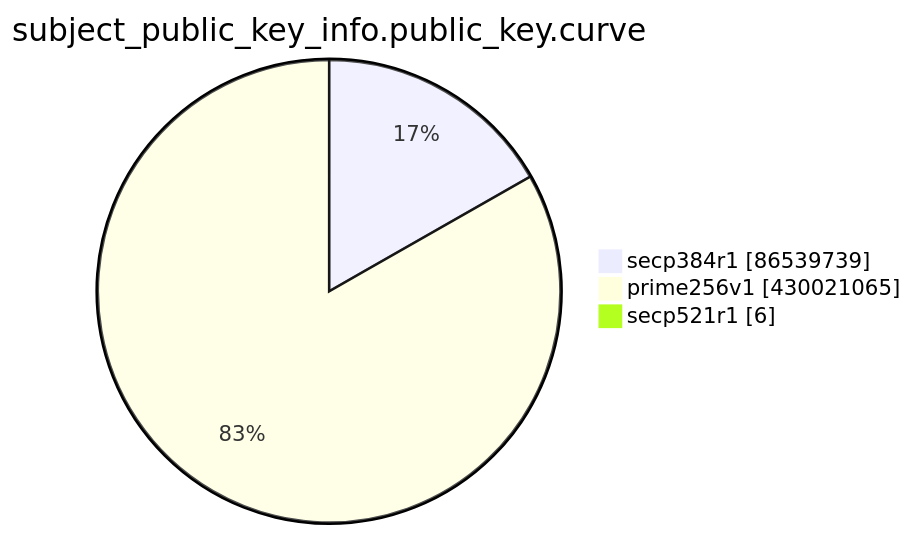
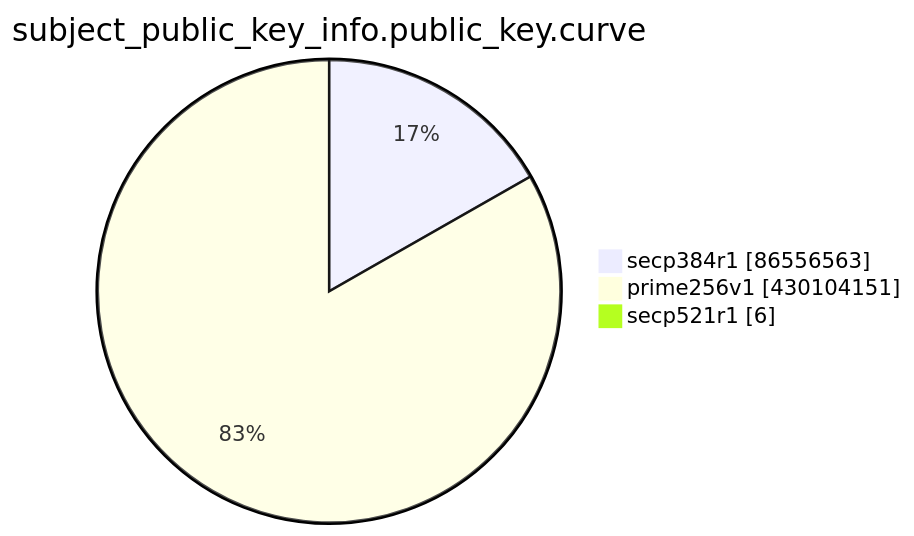
Before and after one commit to christiankrug/ctmonitor_visualization: the eighth of 15 diagrams in TOTAL/README.md, drawn with Mermaid. The commit also changed other lines of this file, not shown here.

````diff
--- a/TOTAL/README.md
+++ b/TOTAL/README.md
@@ -3100,7 +3100,7 @@
 ```mermaid
 pie showData
 title subject_public_key_info.public_key.curve
-"secp384r1" :86539739
-"prime256v1" :430021065
+"secp384r1" :86556563
+"prime256v1" :430104151
 "secp521r1" :6
 ```
````
